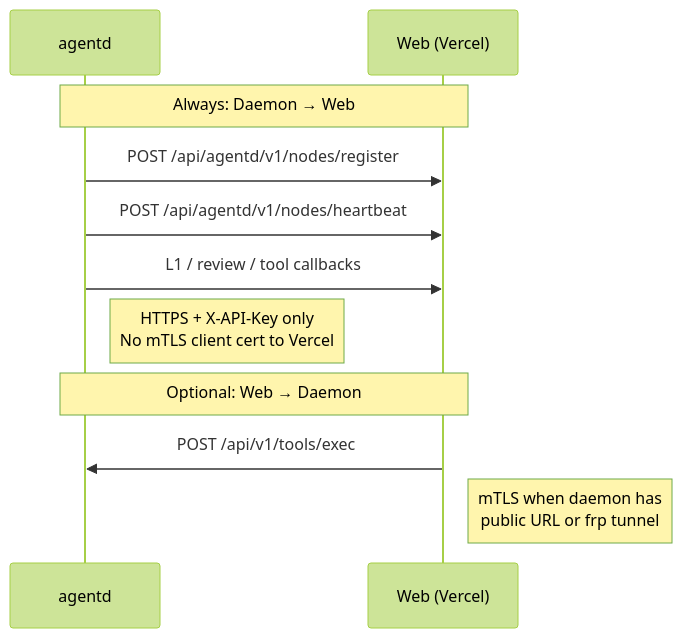
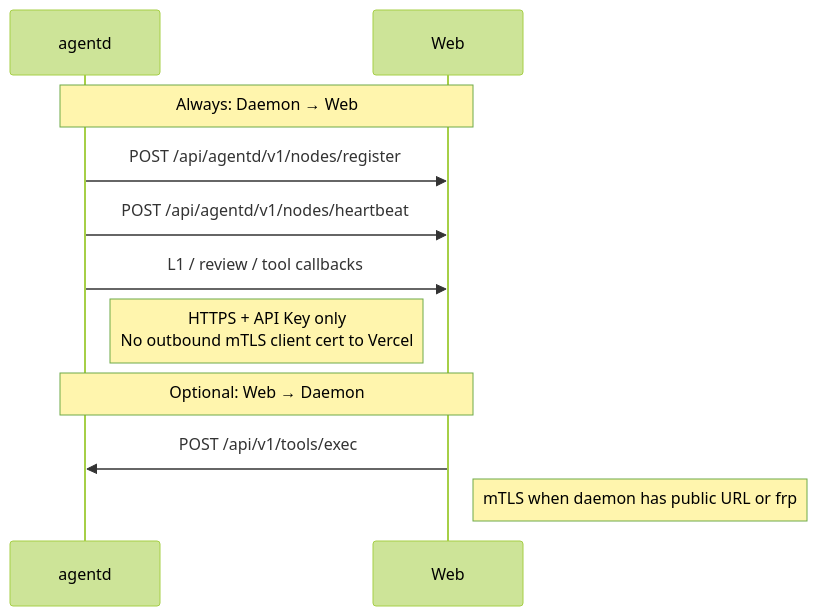
One commit to NekoSekaiMoe/agentboster changed the second of 3 diagrams in README.EN.md. Above: the diagram before and after it, drawn with Mermaid (forest theme). The commit also changed other lines of this file and 1 other file, not shown here.

````diff
--- a/README.EN.md
+++ b/README.EN.md
@@ -72,15 +78,15 @@
 ```mermaid
 sequenceDiagram
   participant D as agentd
-  participant W as Web (Vercel)
+  participant W as Web
 
   Note over D,W: Always: Daemon → Web
   D->>W: POST /api/agentd/v1/nodes/register
   D->>W: POST /api/agentd/v1/nodes/heartbeat
   D->>W: L1 / review / tool callbacks
-  Note right of D: HTTPS + X-API-Key only<br/>No mTLS client cert to Vercel
+  Note right of D: HTTPS + API Key only<br/>No outbound mTLS client cert to Vercel
 
   Note over D,W: Optional: Web → Daemon
   W->>D: POST /api/v1/tools/exec
-  Note right of W: mTLS when daemon has<br/>public URL or frp tunnel
+  Note right of W: mTLS when daemon has public URL or frp
 ```
````
